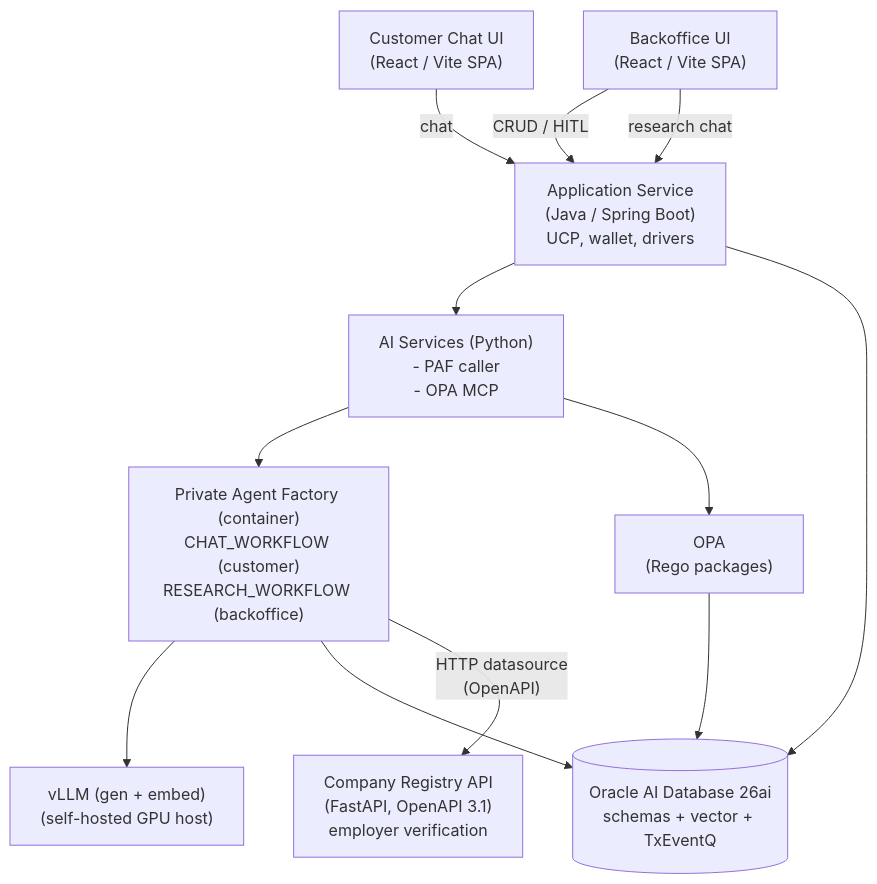
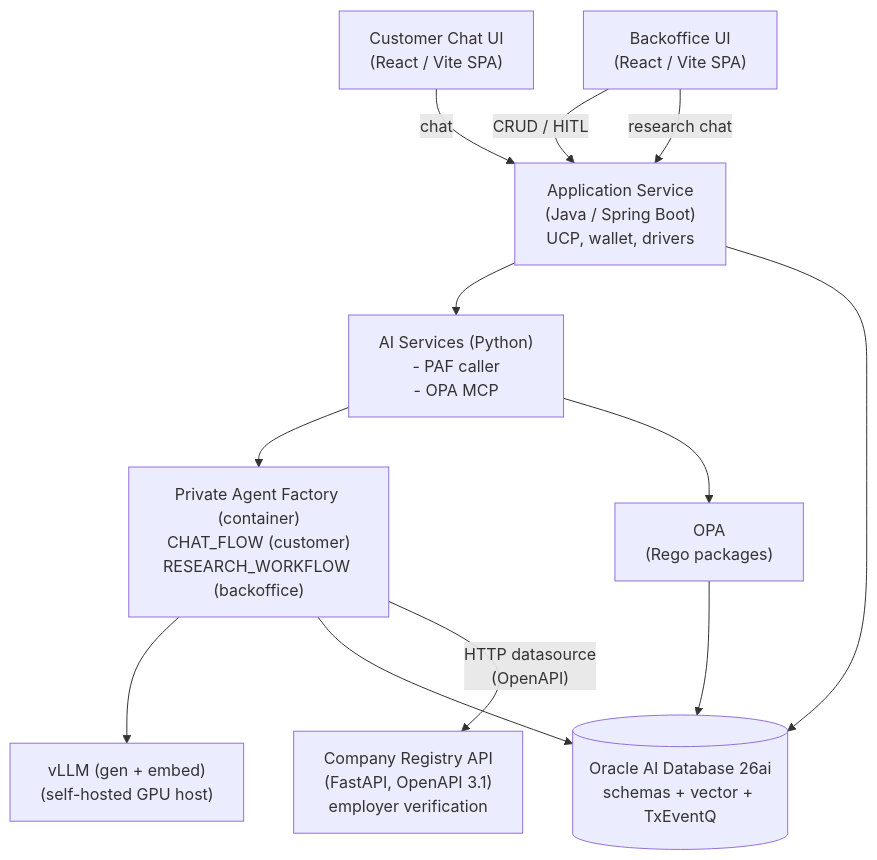
One commit to vmleon/oracle-database-private-agent-factory-poc changed the diagram in docs/DESIGN.md. Above: the diagram before and after it, drawn with Mermaid. The commit also changed other lines of this file and 20 other files, not shown here.

Commit message:
docs(flow): describe CHAT_FLOW as a manager with sub-agents

````diff
--- a/docs/DESIGN.md
+++ b/docs/DESIGN.md
@@ -41,24 +41,24 @@
 ```mermaid
 flowchart TB
     customer["Customer Chat UI<br/>(React / Vite SPA)"]
     backoffice["Backoffice UI<br/>(React / Vite SPA)"]
     appsvc["Application Service<br/>(Java / Spring Boot)<br/>UCP, wallet, drivers"]
     ai["AI Services (Python)<br/>- PAF caller<br/>- OPA MCP"]
     registry["Company Registry API<br/>(FastAPI, OpenAPI 3.1)<br/>employer verification"]
-    paf["Private Agent Factory (container)<br/>CHAT_WORKFLOW (customer)<br/>RESEARCH_WORKFLOW (backoffice)"]
+    paf["Private Agent Factory (container)<br/>CHAT_FLOW (customer)<br/>RESEARCH_WORKFLOW (backoffice)"]
     opa["OPA<br/>(Rego packages)"]
     vllm["vLLM (gen + embed)<br/>(self-hosted GPU host)"]
     db[("Oracle AI Database 26ai<br/>schemas + vector + TxEventQ")]
 
     customer -- chat --> appsvc
     backoffice -- "CRUD / HITL" --> appsvc
     backoffice -- "research chat" --> appsvc
     appsvc --> ai
     ai --> paf
     ai --> opa
     paf --> vllm
     paf --> db
     paf -- "HTTP datasource<br/>(OpenAPI)" --> registry
     opa --> db
     appsvc --> db
 ```
````
